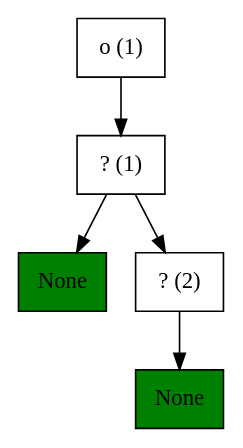
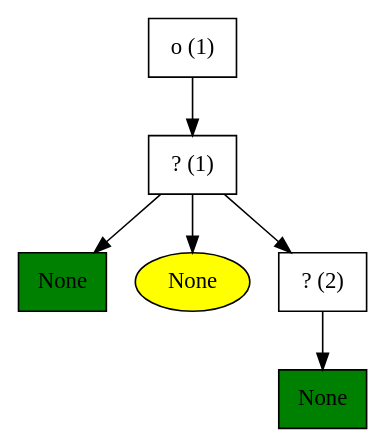
One commit to NVSL/TAZI changed the diagram in out_behavior.dot. Above: the diagram before and after it, drawn with Graphviz. The commit also changed 7 other files, not shown here.

Commit message:
Added support for condition node code generation

```diff
--- a/out_behavior.dot
+++ b/out_behavior.dot
@@ -1,12 +1,14 @@
 digraph G {
     ordering=out;
     selector_node2 -> action_node2;
     selector_node1 -> action_node1;
+    selector_node1 -> condition_node1;
     selector_node1 -> selector_node2;
     root -> selector_node1;
     action_node1 [shape="polygon", sides=4, fillcolor="green", style="filled", label="None"];
+    condition_node1 [fillcolor="yellow", style="filled", label="None"];
     action_node2 [shape="polygon", sides=4, fillcolor="green", style="filled", label="None"];
 	selector_node2 [shape="polygon",sides=4,label="? (2)"];
 	selector_node1 [shape="polygon",sides=4,label="? (1)"];
 	root [shape="polygon",sides=4,label="o (1)"];
  }
```
